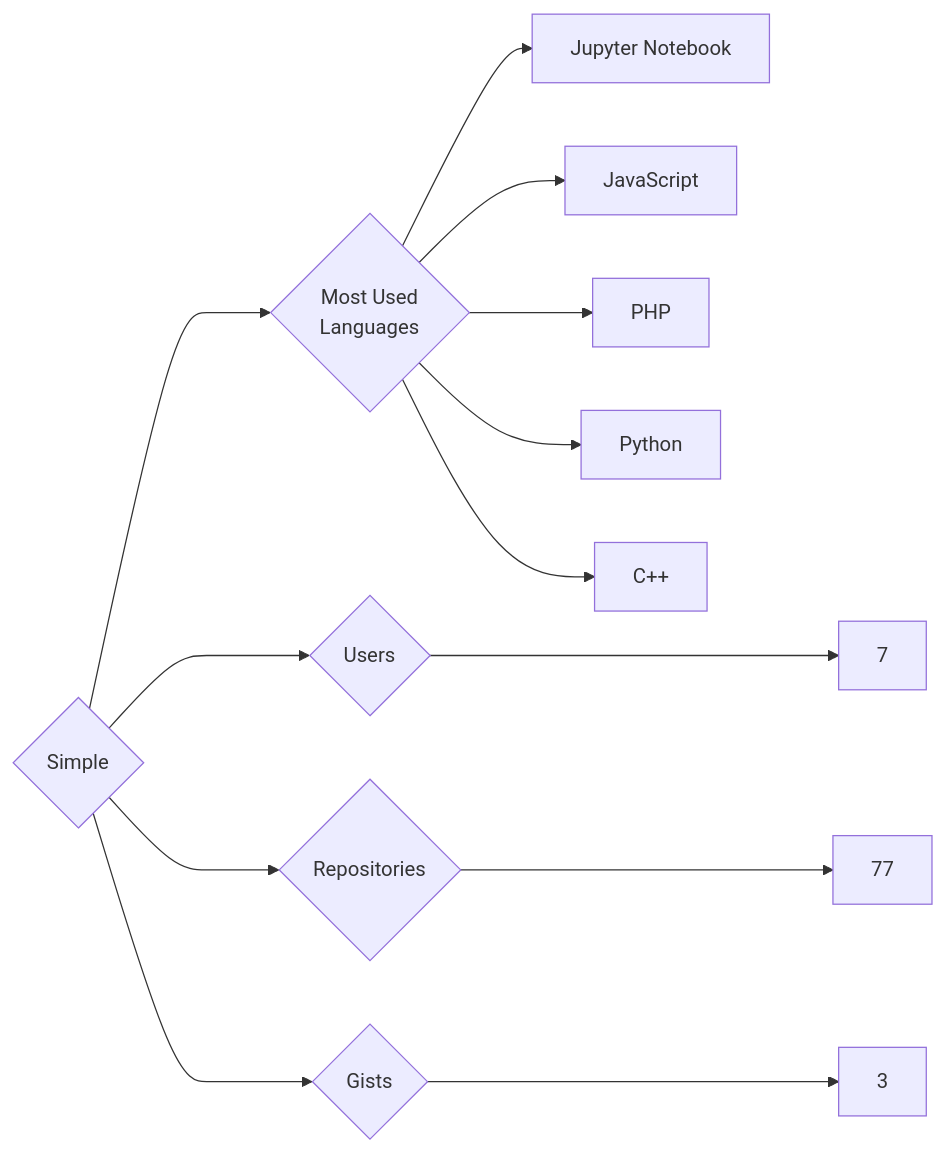
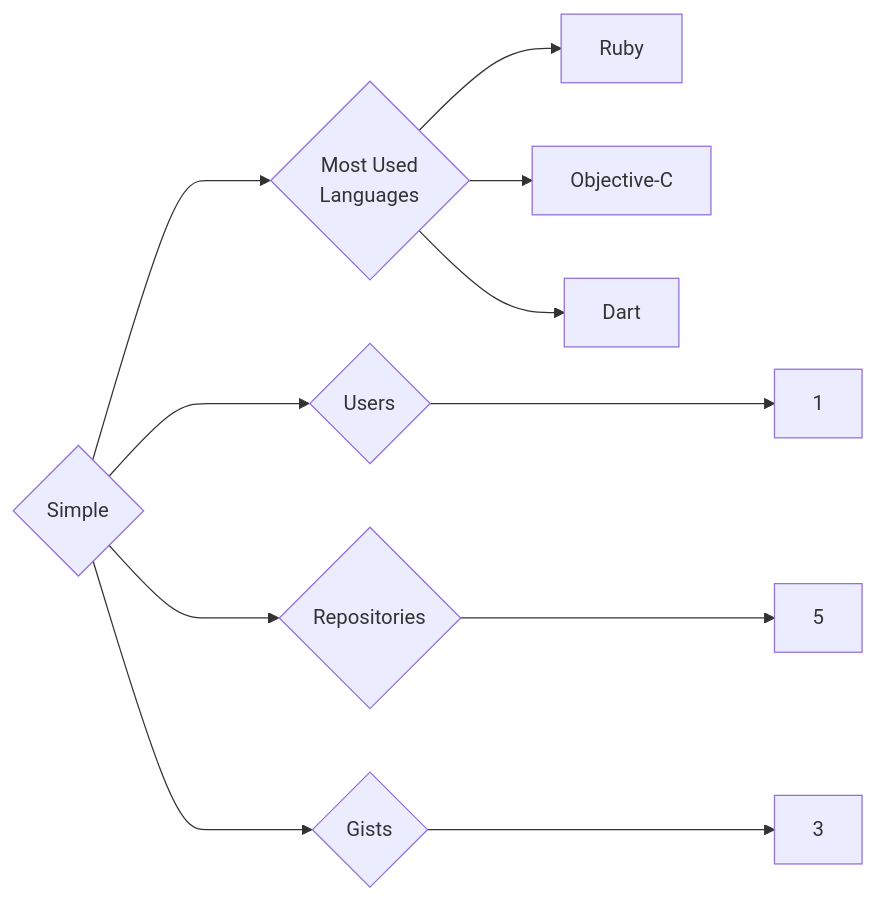
The diagram in targets/Simple/README.md (trickest/insiders), drawn with Mermaid before and after one commit. The commit also changed 860 other files, not shown here.

````diff
--- a/targets/Simple/README.md
+++ b/targets/Simple/README.md
@@ -3,13 +3,11 @@
 ```mermaid
 graph LR
 COMPANY_NAME{Simple}
-COMPANY_NAME ---> U{Users} ---> UN[7]
-COMPANY_NAME ---> R{Repositories} ---> RN[77]
+COMPANY_NAME ---> U{Users} ---> UN[1]
+COMPANY_NAME ---> R{Repositories} ---> RN[5]
 COMPANY_NAME ---> G{Gists} ---> GN[3]
 COMPANY_NAME ---> ML{Most Used<br>Languages}
-ML --> Jupyter_Notebook[Jupyter Notebook]
-ML --> JavaScript[JavaScript]
-ML --> PHP[PHP]
-ML --> Python[Python]
-ML --> C++[C++]
+ML --> Ruby[Ruby]
+ML --> Objective-C[Objective-C]
+ML --> Dart[Dart]
 ```
````
